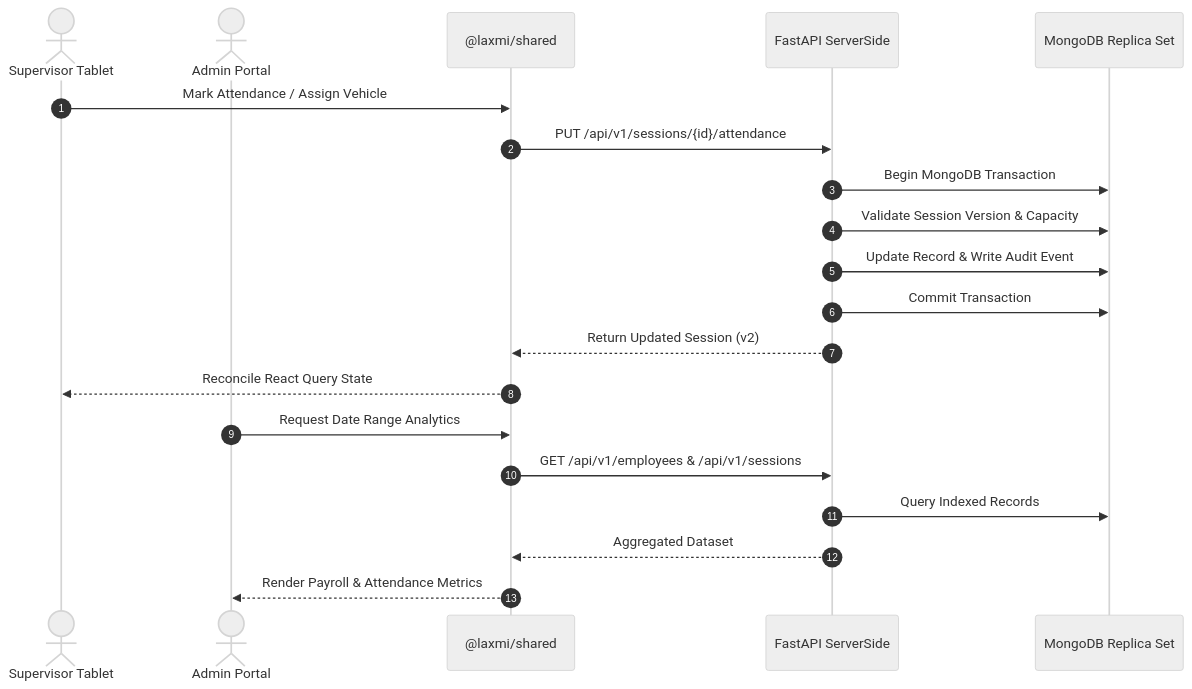
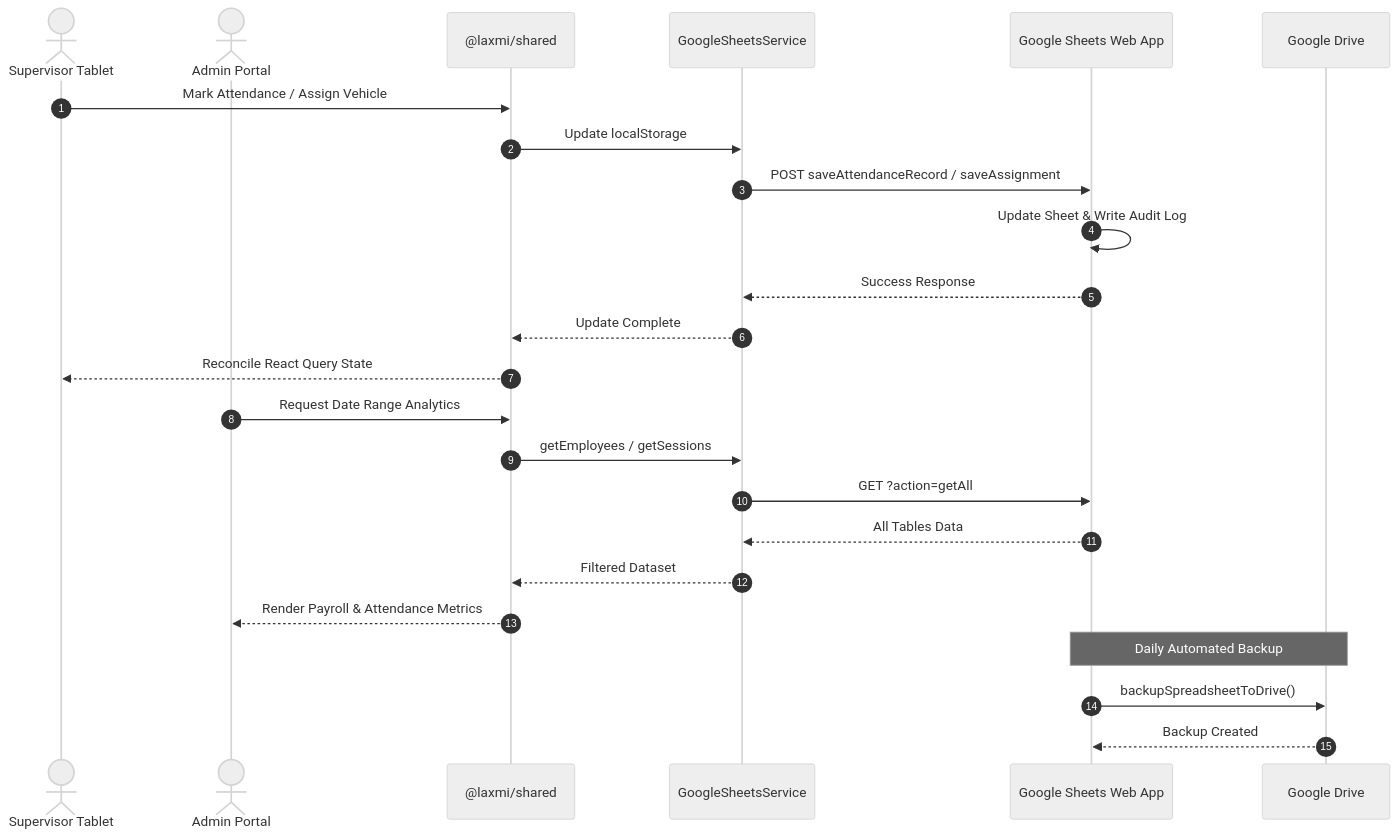
The diagram in ARCHITECTURE.md (visionloop-org/LaxmiEnterprise), drawn with Mermaid (neutral theme) before and after one commit. The commit also changed other lines of this file and 5 other files, not shown here.

First line of the commit message:
feat: migrate to Google Sheets-only architecture with Vision Loop credentials

````diff
--- a/ARCHITECTURE.md
+++ b/ARCHITECTURE.md
@@ -137,24 +126,29 @@
 ```mermaid
 sequenceDiagram
     autonumber
     actor Supervisor as Supervisor Tablet
     actor Admin as Admin Portal
     participant Shared as @laxmi/shared
-    participant Backend as FastAPI ServerSide
-    participant DB as MongoDB Replica Set
+    participant GSService as GoogleSheetsService
+    participant GSheets as Google Sheets Web App
+    participant GDrive as Google Drive
     
     Supervisor->>Shared: Mark Attendance / Assign Vehicle
-    Shared->>Backend: PUT /api/v1/sessions/{id}/attendance
-    Backend->>DB: Begin MongoDB Transaction
-    Backend->>DB: Validate Session Version & Capacity
-    Backend->>DB: Update Record & Write Audit Event
-    Backend->>DB: Commit Transaction
-    Backend-->>Shared: Return Updated Session (v2)
+    Shared->>GSService: Update localStorage
+    GSService->>GSheets: POST saveAttendanceRecord / saveAssignment
+    GSheets->>GSheets: Update Sheet & Write Audit Log
+    GSheets-->>GSService: Success Response
+    GSService-->>Shared: Update Complete
     Shared-->>Supervisor: Reconcile React Query State
     
     Admin->>Shared: Request Date Range Analytics
-    Shared->>Backend: GET /api/v1/employees & /api/v1/sessions
-    Backend->>DB: Query Indexed Records
-    Backend-->>Shared: Aggregated Dataset
+    Shared->>GSService: getEmployees / getSessions
+    GSService->>GSheets: GET ?action=getAll
+    GSheets-->>GSService: All Tables Data
+    GSService-->>Shared: Filtered Dataset
     Shared-->>Admin: Render Payroll & Attendance Metrics
+    
+    Note over GSheets,GDrive: Daily Automated Backup
+    GSheets->>GDrive: backupSpreadsheetToDrive()
+    GDrive-->>GSheets: Backup Created
 ```
````
